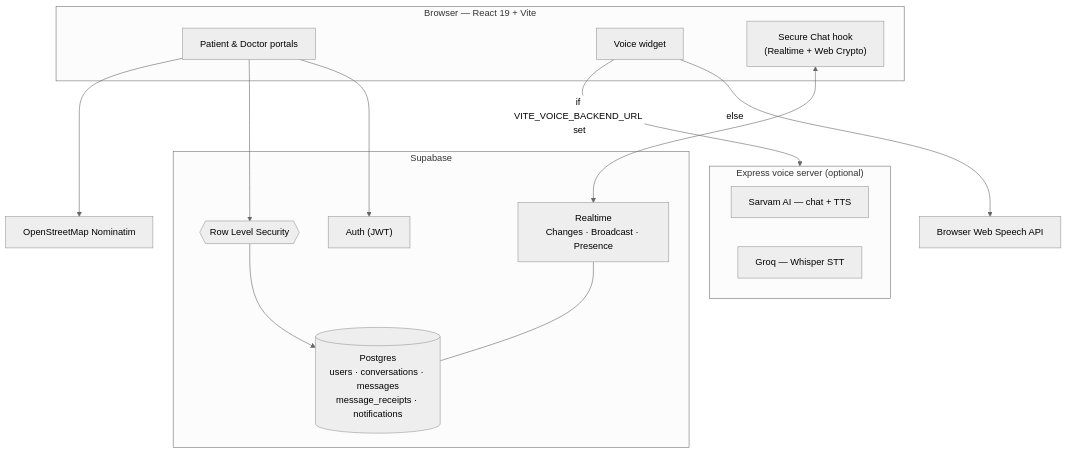
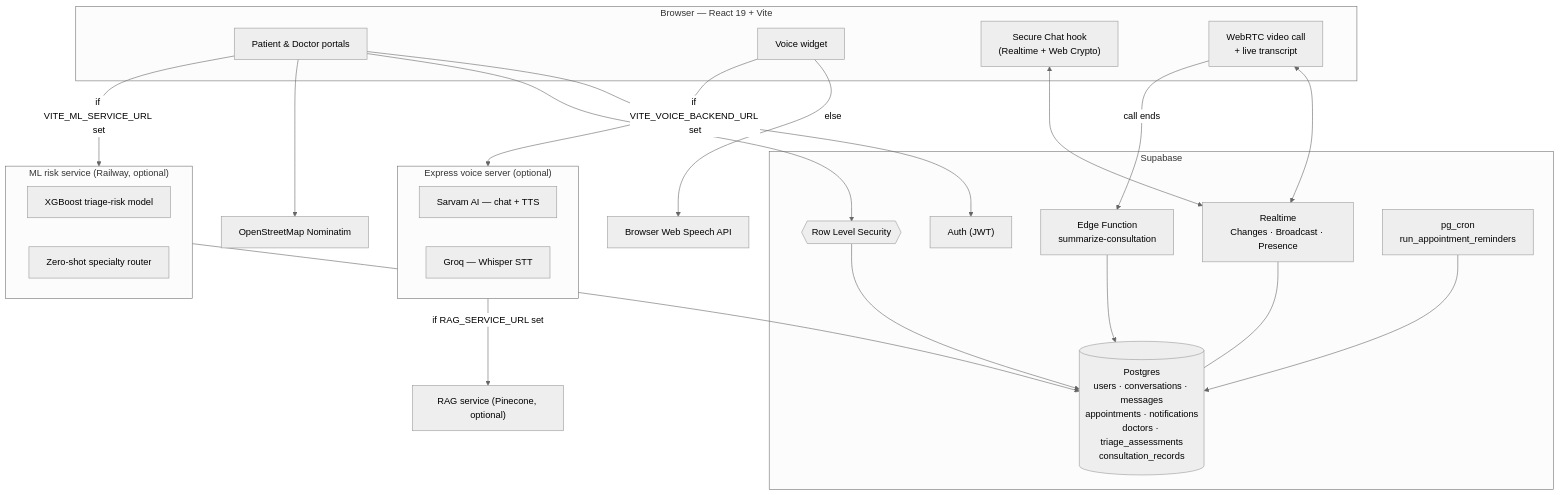
One commit to DakshVDharmani/MyHospital changed the second of 2 diagrams in README.md. Above: the diagram before and after it, drawn with Mermaid (neutral theme). The commit also changed other lines of this file, not shown here.

````diff
--- a/README.md
+++ b/README.md
@@ -158,30 +212,45 @@
 ```mermaid
 flowchart TD
     subgraph Client["Browser — React 19 + Vite"]
         UI["Patient & Doctor portals"]
         VW["Voice widget"]
         SC["Secure Chat hook<br/>(Realtime + Web Crypto)"]
+        RTC["WebRTC video call<br/>+ live transcript"]
     end
 
     subgraph Supabase["Supabase"]
         AUTH["Auth (JWT)"]
-        PG[("Postgres<br/>users · conversations · messages<br/>message_receipts · notifications")]
+        PG[("Postgres<br/>users · conversations · messages<br/>appointments · notifications<br/>doctors · triage_assessments<br/>consultation_records")]
         RT["Realtime<br/>Changes · Broadcast · Presence"]
         RLS{{"Row Level Security"}}
+        EF["Edge Function<br/>summarize-consultation"]
+        CRON["pg_cron<br/>run_appointment_reminders"]
     end
 
     subgraph Backend["Express voice server (optional)"]
         SARVAM["Sarvam AI — chat + TTS"]
         GROQ["Groq — Whisper STT"]
     end
 
+    subgraph MLSvc["ML risk service (Railway, optional)"]
+        XGB["XGBoost triage-risk model"]
+        ROUTER["Zero-shot specialty router"]
+    end
+
+    RAG["RAG service (Pinecone, optional)"]
     OSM["OpenStreetMap Nominatim"]
 
     UI --> AUTH
     UI --> RLS --> PG
     SC <--> RT
+    RTC <--> RT
+    RTC -->|"call ends"| EF --> PG
     RT --- PG
+    CRON --> PG
     VW -->|"if VITE_VOICE_BACKEND_URL set"| Backend
     VW -->|"else"| WebSpeech["Browser Web Speech API"]
+    Backend -->|"if RAG_SERVICE_URL set"| RAG
+    UI -->|"if VITE_ML_SERVICE_URL set"| MLSvc
+    MLSvc --> PG
     UI --> OSM
 ```
````
